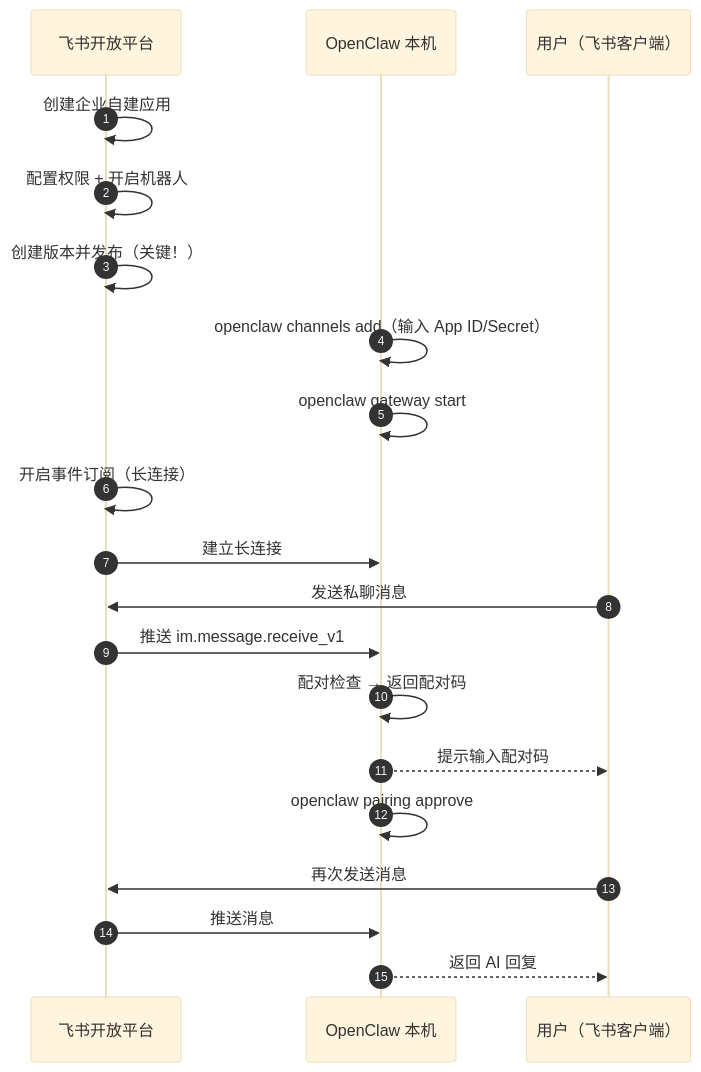
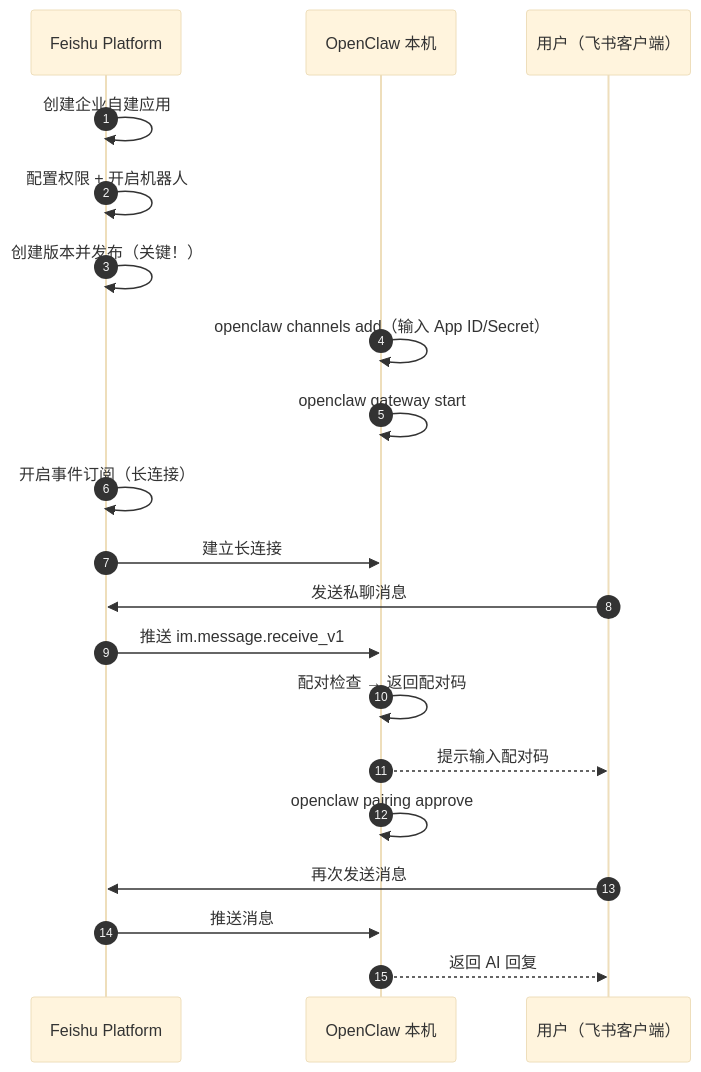
One commit to yeasy/openclaw_guide changed the diagram in 07_multi_agent/7.3_lark_integration.md. Above: the diagram before and after it, drawn with Mermaid (base theme).

Commit message:
Rename Feishu platform label

````diff
--- a/07_multi_agent/7.3_lark_integration.md
+++ b/07_multi_agent/7.3_lark_integration.md
@@ -24,23 +24,23 @@
 ```mermaid
 sequenceDiagram
     autonumber
-    participant FS as 飞书开放平台
+    participant FS as Feishu Platform
     participant OC as OpenClaw 本机
     participant User as 用户（飞书客户端）
 
     FS->>FS: 创建企业自建应用
     FS->>FS: 配置权限 + 开启机器人
     FS->>FS: 创建版本并发布（关键！）
     OC->>OC: openclaw channels add（输入 App ID/Secret）
     OC->>OC: openclaw gateway start
     FS->>FS: 开启事件订阅（长连接）
     FS->>OC: 建立长连接
     User->>FS: 发送私聊消息
     FS->>OC: 推送 im.message.receive_v1
     OC->>OC: 配对检查 → 返回配对码
     OC-->>User: 提示输入配对码
     OC->>OC: openclaw pairing approve
     User->>FS: 再次发送消息
     FS->>OC: 推送消息
     OC-->>User: 返回 AI 回复
 ```
````
